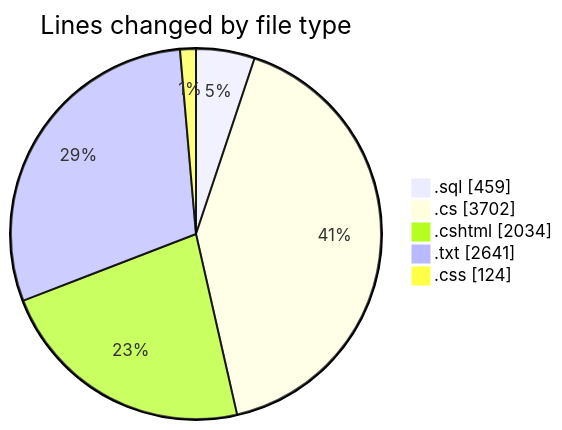
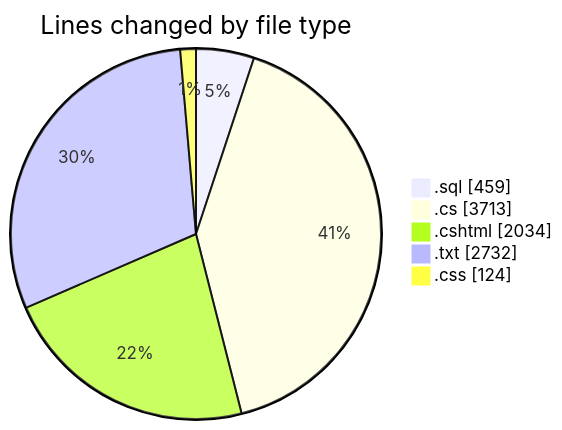
One commit to lephambinh05/code-tracking changed the first of 2 diagrams in 2025-07-23/quanlyrapchieuphim/README.md. Above: the diagram before and after it, drawn with Mermaid. The commit also changed other lines of this file and 1 other file, not shown here.

````diff
--- a/2025-07-23/quanlyrapchieuphim/README.md
+++ b/2025-07-23/quanlyrapchieuphim/README.md
@@ -34,9 +34,9 @@
 ```mermaid
 pie showData
 title Lines changed by file type
 ".sql" : 459
-".cs" : 3702
+".cs" : 3713
 ".cshtml" : 2034
-".txt" : 2641
+".txt" : 2732
 ".css" : 124
 ```
````
